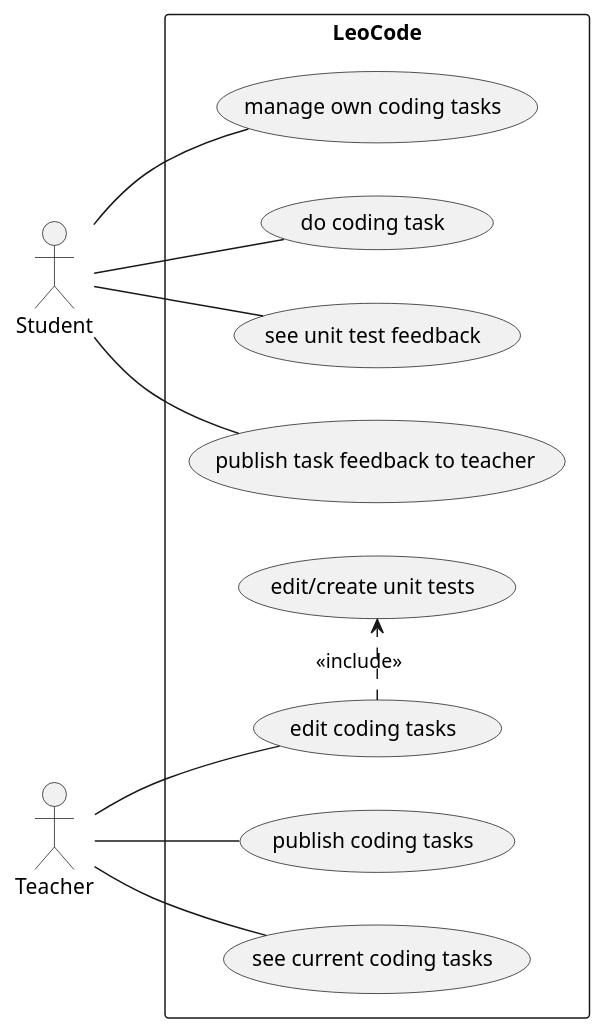
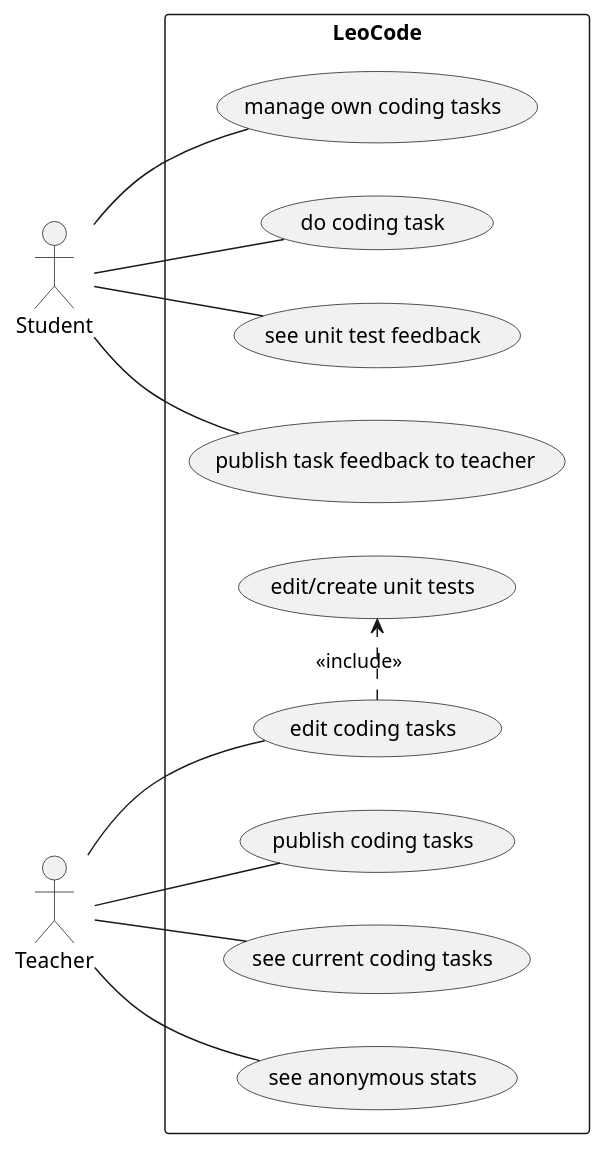
One commit to htl-leonding-project/leo-code changed the first of 2 diagrams in asciidocs/system-specification.adoc. Above: the diagram before and after it, drawn with PlantUML. The commit also changed other lines of this file, not shown here.

Commit message:
#10 modified useCase of Teacher

```diff
--- a/asciidocs/system-specification.adoc
+++ b/asciidocs/system-specification.adoc
@@ -52,24 +52,25 @@
 [plantuml]
 ----
 
 @startuml
 
 left to right direction
 :Student:
 :Teacher:
 rectangle LeoCode{
 
 Teacher -- (publish coding tasks)
 Teacher -- (see current coding tasks)
 Teacher -- (edit coding tasks)
+Teacher -- (see anonymous stats)
 (edit coding tasks) .> (edit/create unit tests) : <<include>>
 
 Student -- (manage own coding tasks)
 Student -- (do coding task)
 Student -- (see unit test feedback)
 Student -- (publish task feedback to teacher)
 
 }
 
 @enduml
 ----
```
